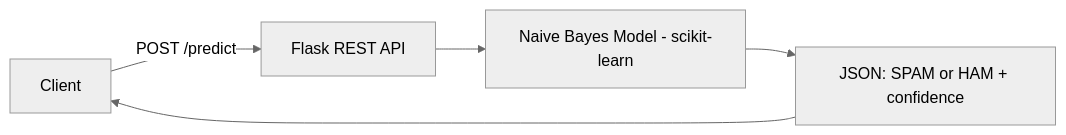
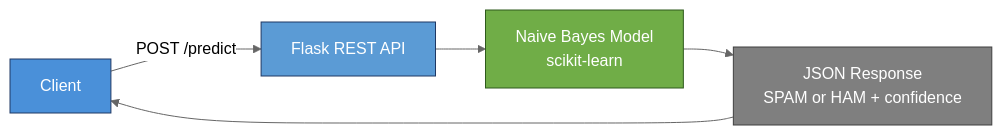
The first of 4 diagrams in README.md (sadvi11/docker-flask-ai-app), drawn with Mermaid (neutral theme) before and after one commit. The commit also changed other lines of this file, not shown here.

Commit message:
Improve README diagram colors for readability

````diff
--- a/README.md
+++ b/README.md
@@ -17,7 +17,12 @@
 ```mermaid
 flowchart LR
-    A[Client] -->|POST /predict| B[Flask REST API]
-    B --> C[Naive Bayes Model - scikit-learn]
-    C --> D[JSON: SPAM or HAM + confidence]
+    A[Client]:::client -->|POST /predict| B[Flask REST API]:::api
+    B --> C[Naive Bayes Model<br/>scikit-learn]:::model
+    C --> D[JSON Response<br/>SPAM or HAM + confidence]:::result
     D --> A
+
+    classDef client fill:#4A90D9,stroke:#1F3864,color:#ffffff
+    classDef api fill:#5B9BD5,stroke:#1F3864,color:#ffffff
+    classDef model fill:#70AD47,stroke:#2E5A1C,color:#ffffff
+    classDef result fill:#7F7F7F,stroke:#3F3F3F,color:#ffffff
 ```
````
